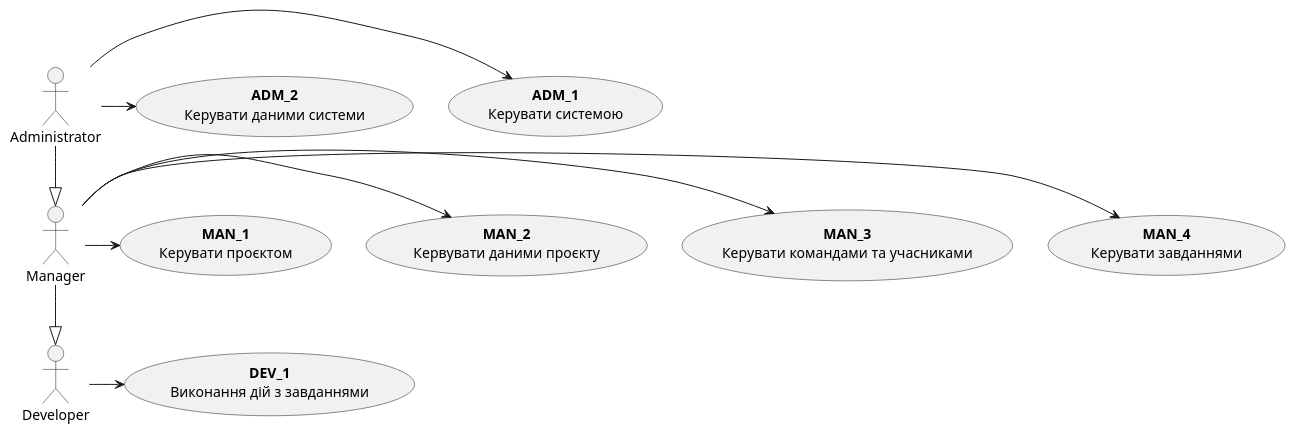
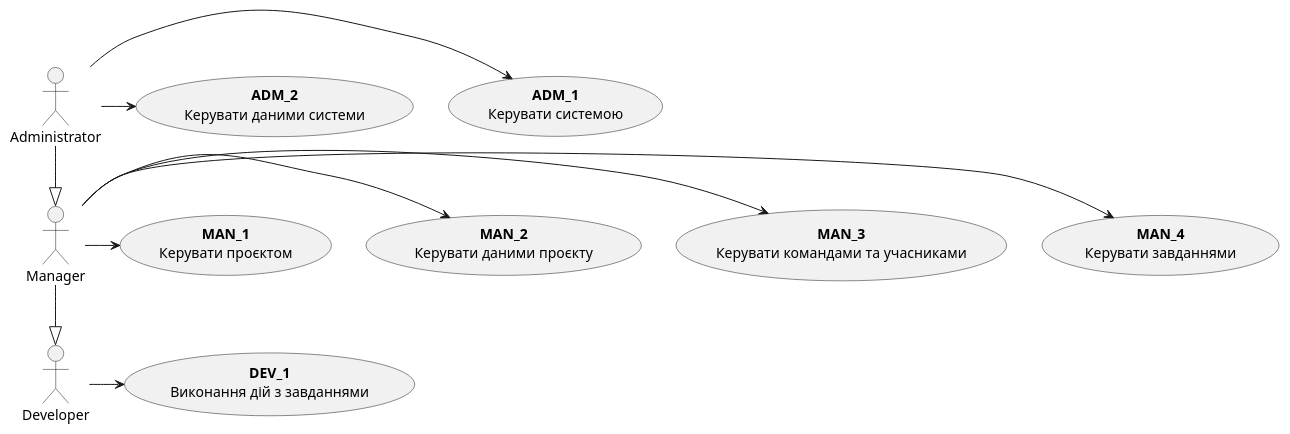
One commit to yarikkot04/Sup changed the first of 13 diagrams in docs/use cases/README.md. Above: the diagram before and after it, drawn with PlantUML. The commit also changed other lines of this file, not shown here.

```diff
--- a/docs/use cases/README.md
+++ b/docs/use cases/README.md
@@ -3,28 +3,28 @@
 @startuml
     actor Administrator
     actor Manager         
     actor Developer
 
     usecase Admin1 as "<b>ADM_1</b>\nКерувати системою"
     usecase Admin2 as "<b>ADM_2</b>\nКерувати даними системи"
 
     usecase Manage1 as "<b>MAN_1</b>\nКерувати проєктом"
-    usecase Manage2 as "<b>MAN_2</b>\nКервувати даними проєкту"
+    usecase Manage2 as "<b>MAN_2</b>\nКерувати даними проєкту"
     usecase Manage3 as "<b>MAN_3</b>\nКерувати командами та учасниками"
     usecase Manage4 as "<b>MAN_4</b>\nКерувати завданнями"
 
     usecase Develope1 as "<b>DEV_1</b>\nВиконання дій з завданнями"
 
     Administrator -> Admin1
     Administrator -> Admin2
 
     Manager -> Manage4
     Manager -> Manage3
     Manager -> Manage2
     Manager -> Manage1
 
     Administrator -d-|> Manager
     Manager -d-|> Developer
 
     Developer -> Develope1
 @enduml
```
